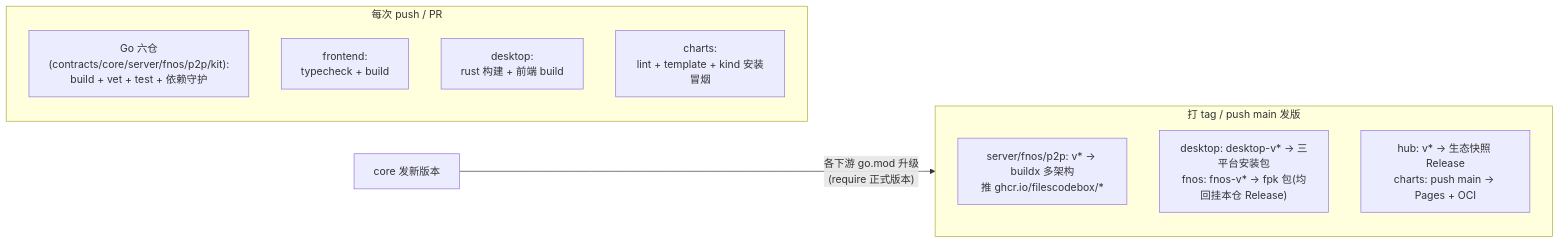
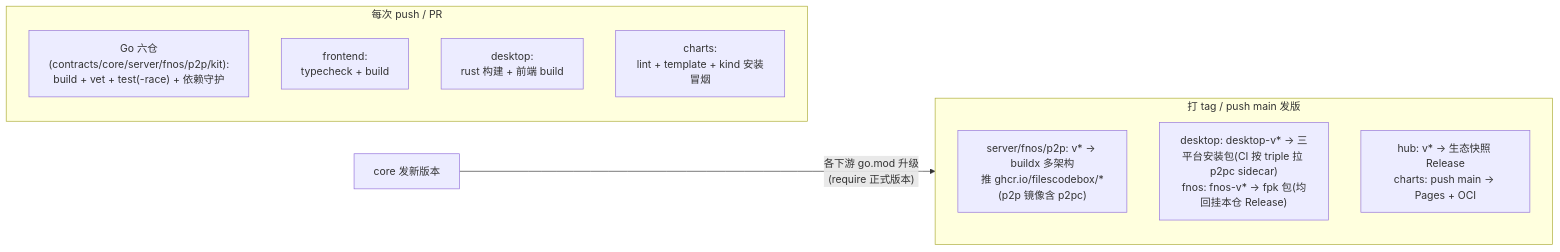
The ninth of 9 diagrams in docs/architecture.md (filescodebox/FilesCodeBox), drawn with Mermaid before and after one commit. The commit also changed other lines of this file and 6 other files, not shown here.

Commit message:
docs: 2026-10-05 全生态对码——architecture 重写(16 域/新版本矩阵/联邦与设备直传),双语 README 版本矩阵刷新,API-TOKENS 改密语义/ENV 联邦 failover,docs-site k8s 页与首页特性卡

````diff
--- a/docs/architecture.md
+++ b/docs/architecture.md
@@ -236,15 +270,15 @@
 ```mermaid
 flowchart LR
     subgraph PR["每次 push / PR"]
-        GO["Go 六仓(contracts/core/server/fnos/p2p/kit):<br/>build + vet + test + 依赖守护"]
+        GO["Go 六仓(contracts/core/server/fnos/p2p/kit):<br/>build + vet + test(-race) + 依赖守护"]
         FECI["frontend:<br/>typecheck + build"]
         DSK["desktop:<br/>rust 构建 + 前端 build"]
         CHT["charts:<br/>lint + template + kind 安装冒烟"]
     end
     subgraph REL["打 tag / push main 发版"]
-        IMG["server/fnos/p2p: v* → buildx 多架构<br/>推 ghcr.io/filescodebox/*"]
-        BIN["desktop: desktop-v* → 三平台安装包<br/>fnos: fnos-v* → fpk 包(均回挂本仓 Release)"]
+        IMG["server/fnos/p2p: v* → buildx 多架构<br/>推 ghcr.io/filescodebox/*(p2p 镜像含 p2pc)"]
+        BIN["desktop: desktop-v* → 三平台安装包(CI 按 triple 拉 p2pc sidecar)<br/>fnos: fnos-v* → fpk 包(均回挂本仓 Release)"]
         PUB["hub: v* → 生态快照 Release<br/>charts: push main → Pages + OCI"]
     end
     COREDEV["core 发新版本"] -->|"各下游 go.mod 升级<br/>(require 正式版本)"| REL
 ```
````
